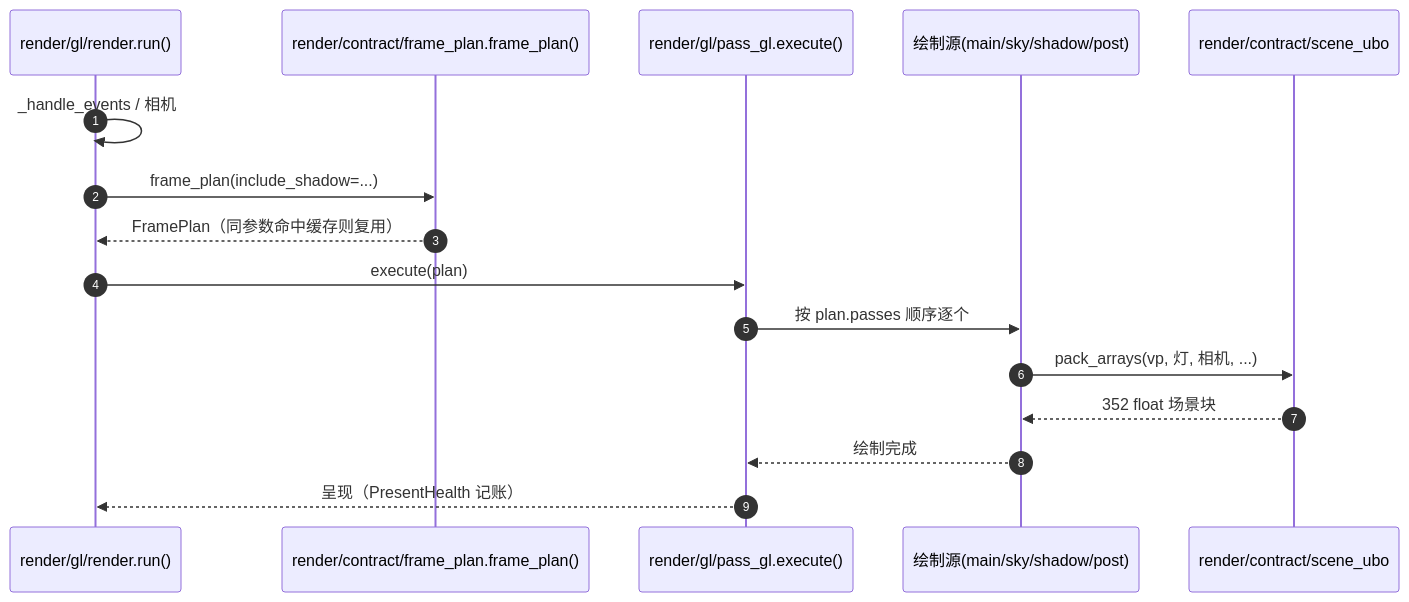
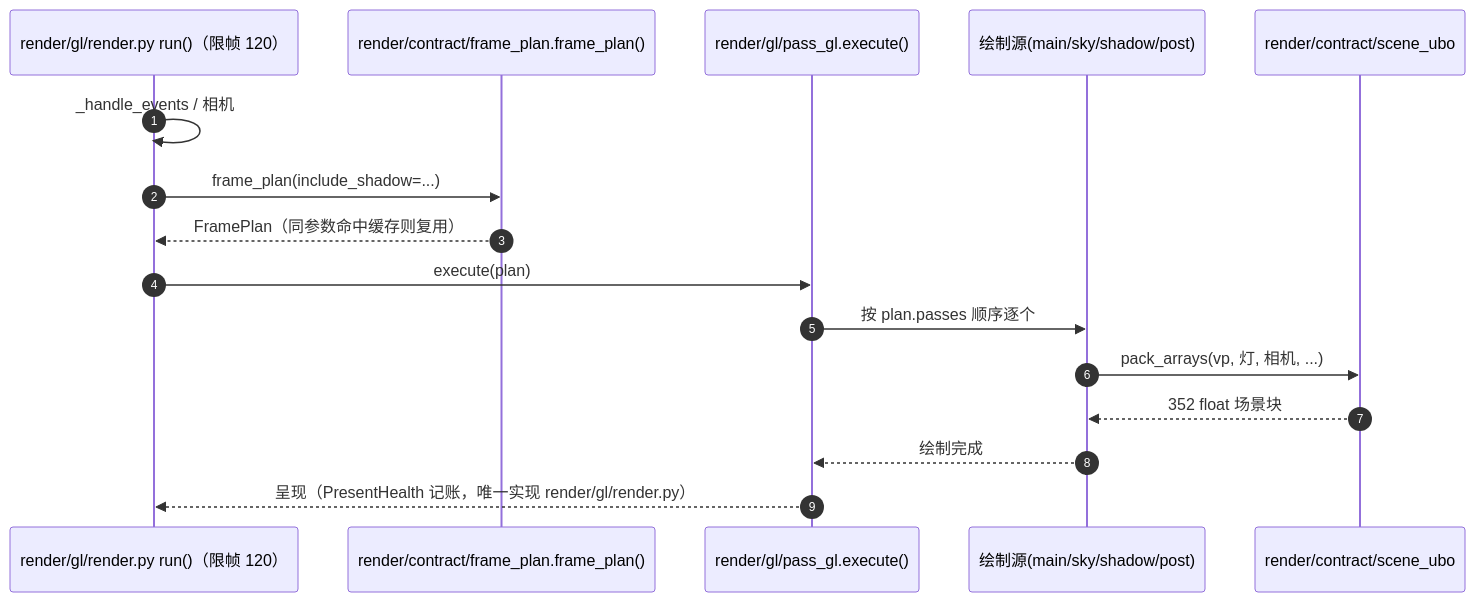
One commit to lhy302/WeaveEngine changed diagram 14 of 23 in ARCHITECTURE.md. Above: the diagram before and after it, drawn with Mermaid. The commit also changed other lines of this file, not shown here.

First line of the commit message:
docs: 架构图 v4 —— 按 HEAD d156cee 真实状态统一重画 23 张 Mermaid 图

````diff
--- a/ARCHITECTURE.md
+++ b/ARCHITECTURE.md
@@ -551,18 +595,18 @@
 ```mermaid
 sequenceDiagram
   autonumber
-  participant L as render/gl/render.run()
+  participant L as render/gl/render.py run()（限帧 120）
   participant PL as render/contract/frame_plan.frame_plan()
   participant X as render/gl/pass_gl.execute()
   participant D as 绘制源(main/sky/shadow/post)
   participant U as render/contract/scene_ubo
   L->>L: _handle_events / 相机
   L->>PL: frame_plan(include_shadow=...)
   PL-->>L: FramePlan（同参数命中缓存则复用）
   L->>X: execute(plan)
   X->>D: 按 plan.passes 顺序逐个
   D->>U: pack_arrays(vp, 灯, 相机, ...)
   U-->>D: 352 float 场景块
   D-->>X: 绘制完成
-  X-->>L: 呈现（PresentHealth 记账）
+  X-->>L: 呈现（PresentHealth 记账，唯一实现 render/gl/render.py）
 ```
````
